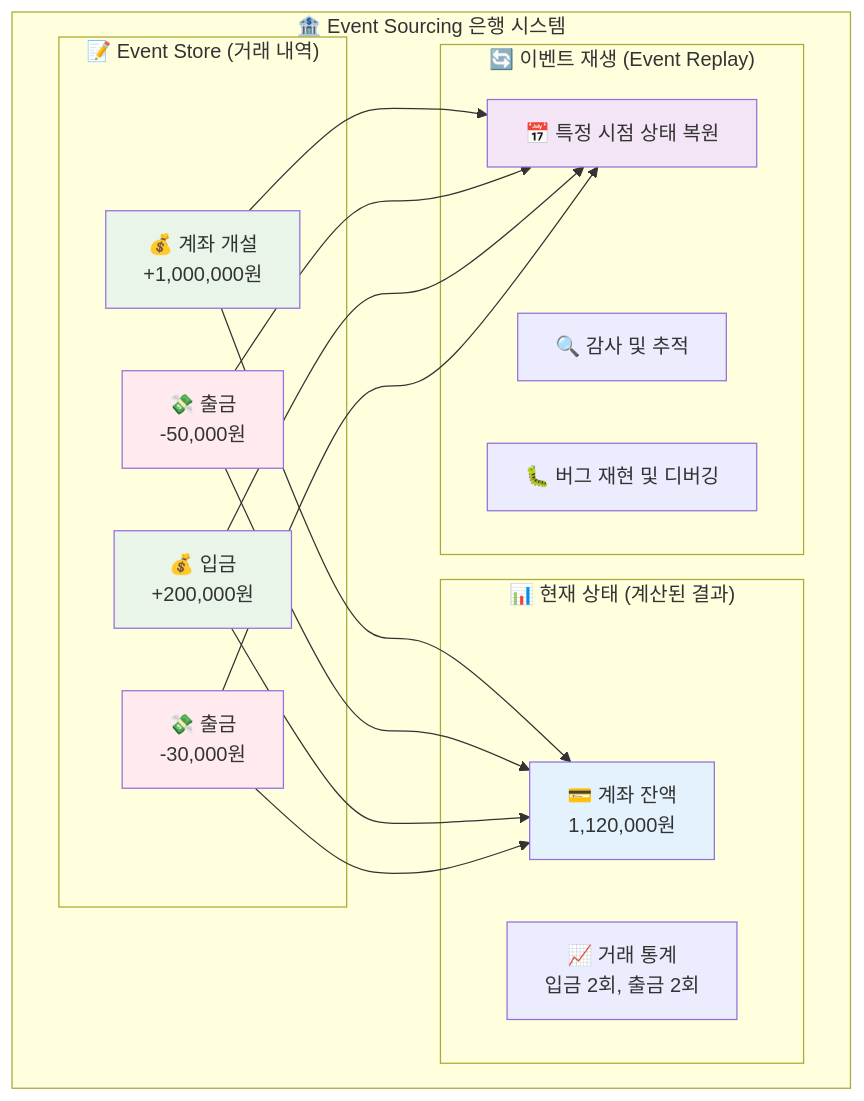
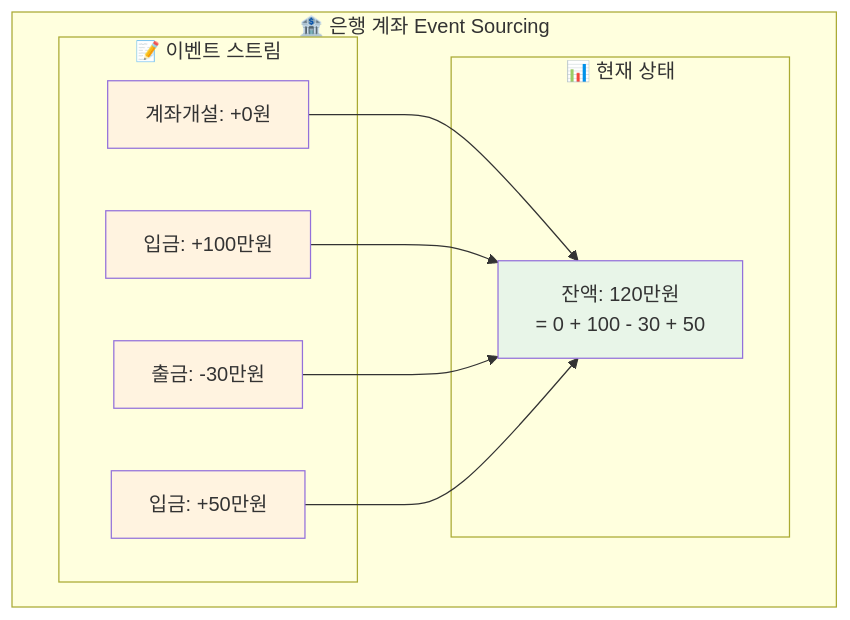
The eighth of 9 diagrams in theory/week_04/day1/session_3.md (niceguy61/kdt_devops_lecture_2025), drawn with Mermaid before and after one commit. The commit also changed other lines of this file and 5 other files, not shown here.

````diff
--- a/theory/week_04/day1/session_3.md
+++ b/theory/week_04/day1/session_3.md
@@ -372,39 +342,26 @@
 ```mermaid
 graph TB
-    subgraph "🏦 Event Sourcing 은행 시스템"
-        subgraph "📝 Event Store (거래 내역)"
-            E1[💰 계좌 개설<br/>+1,000,000원]
-            E2[💸 출금<br/>-50,000원]
-            E3[💰 입금<br/>+200,000원]
-            E4[💸 출금<br/>-30,000원]
+    subgraph "🏦 은행 계좌 Event Sourcing"
+        subgraph "📝 이벤트 스트림"
+            E1[계좌개설: +0원]
+            E2[입금: +100만원]
+            E3[출금: -30만원]
+            E4[입금: +50만원]
         end
         
-        subgraph "📊 현재 상태 (계산된 결과)"
-            S1[💳 계좌 잔액<br/>1,120,000원]
-            S2[📈 거래 통계<br/>입금 2회, 출금 2회]
+        subgraph "📊 현재 상태"
+            S[잔액: 120만원<br/>= 0 + 100 - 30 + 50]
         end
         
-        subgraph "🔄 이벤트 재생 (Event Replay)"
-            R1[📅 특정 시점 상태 복원]
-            R2[🔍 감사 및 추적]
-            R3[🐛 버그 재현 및 디버깅]
-        end
+        E1 --> S
+        E2 --> S
+        E3 --> S
+        E4 --> S
     end
     
-    E1 --> S1
-    E2 --> S1
-    E3 --> S1
-    E4 --> S1
-    
-    E1 --> R1
-    E2 --> R1
-    E3 --> R1
-    E4 --> R1
-    
-    style E1 fill:#e8f5e8
-    style E2 fill:#ffebee
-    style E3 fill:#e8f5e8
-    style E4 fill:#ffebee
-    style S1 fill:#e3f2fd
-    style R1 fill:#f3e5f5
+    style E1 fill:#fff3e0
+    style E2 fill:#fff3e0
+    style E3 fill:#fff3e0
+    style E4 fill:#fff3e0
+    style S fill:#e8f5e8
 ```
````
